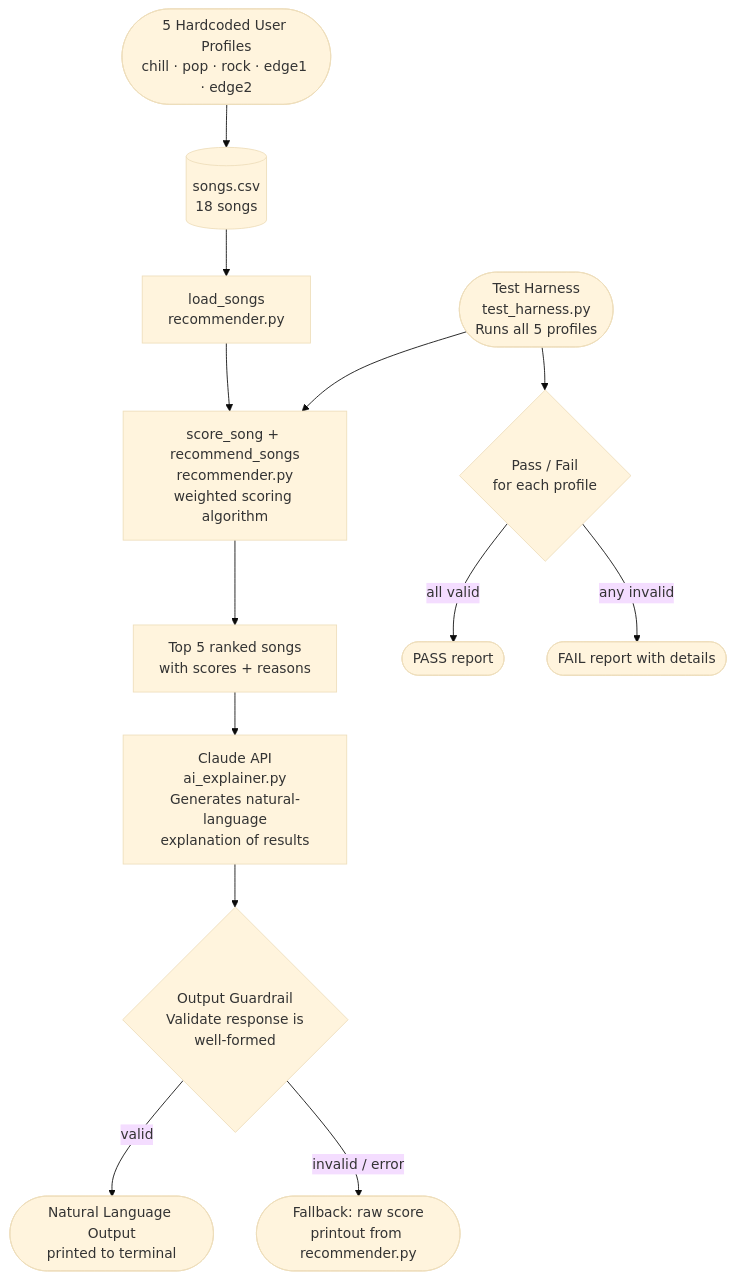
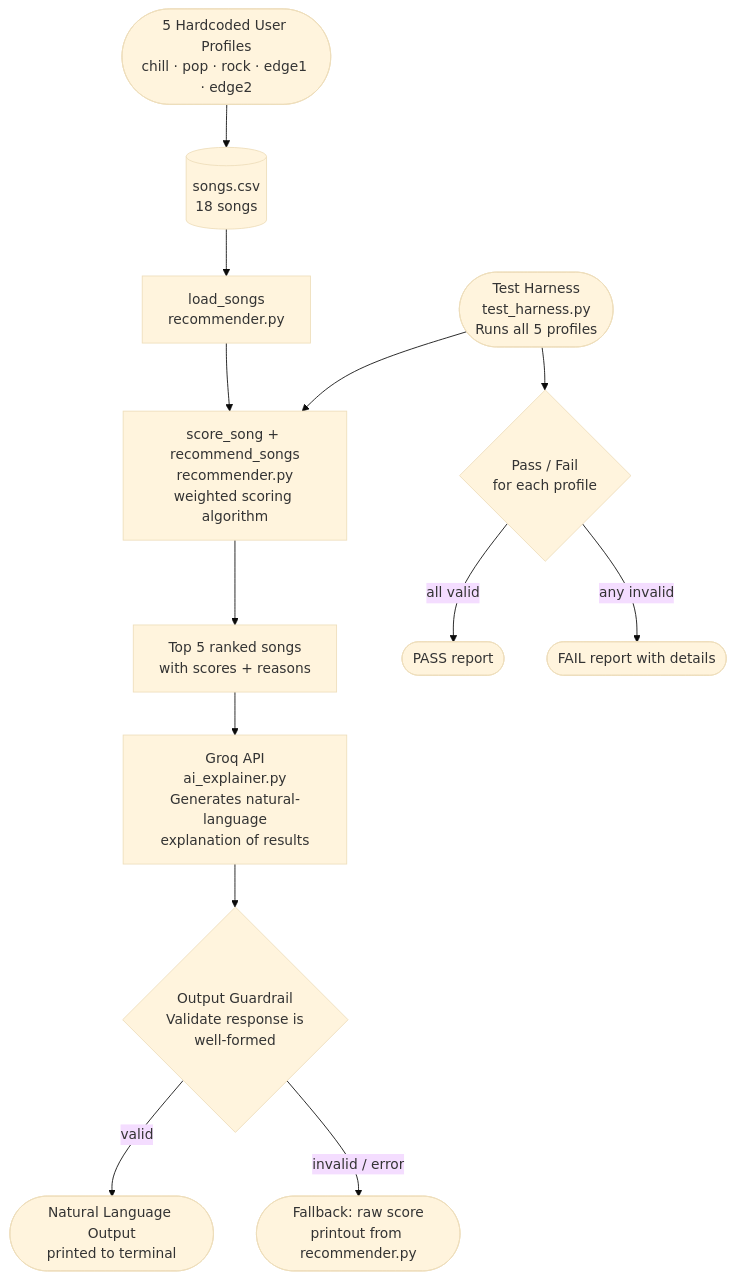
Before and after one commit to wasiqmadina/applied-ai-system-final: the diagram in assets/system_diagram.md, drawn with Mermaid (base theme). The commit also changed other lines of this file and 2 other files, not shown here.

Commit message:
add AI explanation layer, guardrail, test harness, and updated README

````diff
--- a/assets/system_diagram.md
+++ b/assets/system_diagram.md
@@ -5,25 +5,25 @@
 ```mermaid
 flowchart TD
     A([5 Hardcoded User Profiles\nchill · pop · rock · edge1 · edge2]) --> B
 
     B[(songs.csv\n18 songs)] --> C
 
     C[load_songs\nrecommender.py] --> D
 
     D[score_song + recommend_songs\nrecommender.py\nweighted scoring algorithm] --> E
 
     E[Top 5 ranked songs\nwith scores + reasons] --> F
 
-    F[Claude API\nai_explainer.py\nGenerates natural-language\nexplanation of results] --> G
+    F[Groq API\nai_explainer.py\nGenerates natural-language\nexplanation of results] --> G
 
     G{Output Guardrail\nValidate response is\nwell-formed} -- valid --> H
     G -- invalid / error --> I
 
     H([Natural Language Output\nprinted to terminal])
     I([Fallback: raw score\nprintout from recommender.py])
 
     J([Test Harness\ntest_harness.py\nRuns all 5 profiles]) --> D
     J --> K{Pass / Fail\nfor each profile}
     K -- all valid --> L([PASS report])
     K -- any invalid --> M([FAIL report with details])
 ```
````
